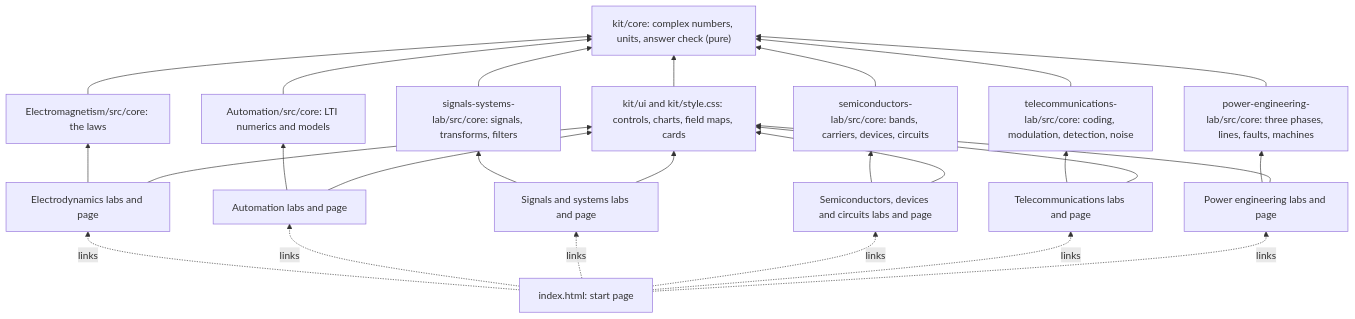
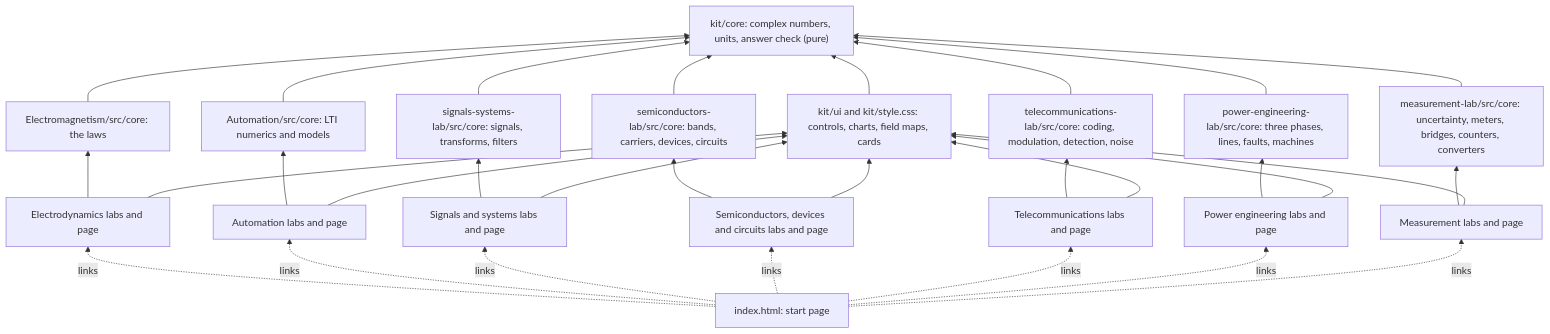
The diagram in README.md (Abdulhamid-Baghdadi/bachelor-lectures-aid-kit), drawn with Mermaid before and after one commit. The commit also changed other lines of this file and 46 other files, not shown here.

First line of the commit message:
Add the Measurement Lab on the shared kit

````diff
--- a/README.md
+++ b/README.md
@@ -47,43 +48,49 @@
 ```mermaid
 flowchart BT
   kc["kit/core: complex numbers, units, answer check (pure)"]
   ku["kit/ui and kit/style.css: controls, charts, field maps, cards"]
   ec["Electromagnetism/src/core: the laws"]
   ac["Automation/src/core: LTI numerics and models"]
   sc["signals-systems-lab/src/core: signals, transforms, filters"]
   hc["semiconductors-lab/src/core: bands, carriers, devices, circuits"]
   tc["telecommunications-lab/src/core: coding, modulation, detection, noise"]
   pc["power-engineering-lab/src/core: three phases, lines, faults, machines"]
+  mc["measurement-lab/src/core: uncertainty, meters, bridges, counters, converters"]
   el["Electrodynamics labs and page"]
   al["Automation labs and page"]
   sl["Signals and systems labs and page"]
   hl["Semiconductors, devices and circuits labs and page"]
   tl["Telecommunications labs and page"]
   pl["Power engineering labs and page"]
+  ml["Measurement labs and page"]
   start["index.html: start page"]
   ku --> kc
   ec --> kc
   ac --> kc
   sc --> kc
   hc --> kc
   el --> ec
   el --> ku
   al --> ac
   al --> ku
   sl --> sc
   sl --> ku
   hl --> hc
   hl --> ku
   tl --> tc
   tl --> ku
   tc --> kc
   pl --> pc
   pl --> ku
   pc --> kc
+  ml --> mc
+  ml --> ku
+  mc --> kc
   start -. links .-> el
   start -. links .-> al
   start -. links .-> sl
   start -. links .-> hl
   start -. links .-> tl
   start -. links .-> pl
+  start -. links .-> ml
 ```
````
